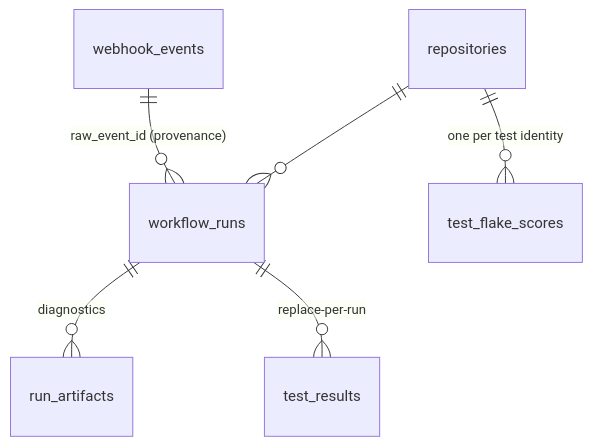
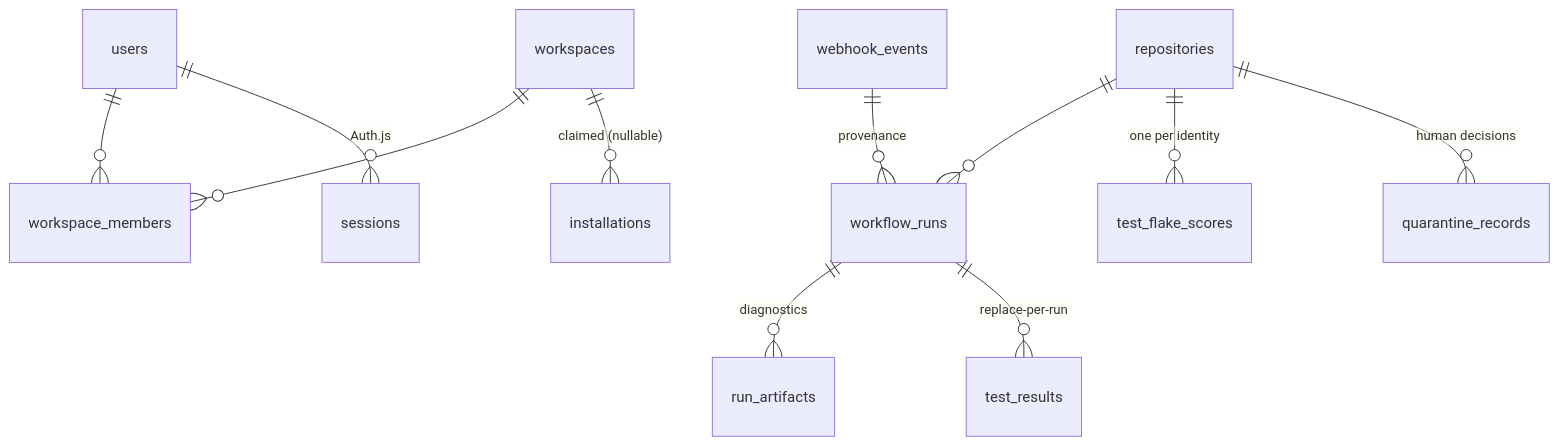
One commit to annacrisstina/devflow changed the third of 3 diagrams in docs/architecture/system-overview.md. Above: the diagram before and after it, drawn with Mermaid. The commit also changed other lines of this file and 8 other files, not shown here.

Commit message:
docs(docs): update project memory, dev log and architecture docs

````diff
--- a/docs/architecture/system-overview.md
+++ b/docs/architecture/system-overview.md
@@ -44,8 +55,13 @@
 ```mermaid
 erDiagram
-    webhook_events ||--o{ workflow_runs : "raw_event_id (provenance)"
+    users ||--o{ workspace_members : ""
+    workspaces ||--o{ workspace_members : ""
+    workspaces ||--o{ installations : "claimed (nullable)"
+    users ||--o{ sessions : "Auth.js"
+    webhook_events ||--o{ workflow_runs : "provenance"
     repositories ||--o{ workflow_runs : ""
     workflow_runs ||--o{ run_artifacts : "diagnostics"
     workflow_runs ||--o{ test_results : "replace-per-run"
-    repositories ||--o{ test_flake_scores : "one per test identity"
+    repositories ||--o{ test_flake_scores : "one per identity"
+    repositories ||--o{ quarantine_records : "human decisions"
 ```
````
